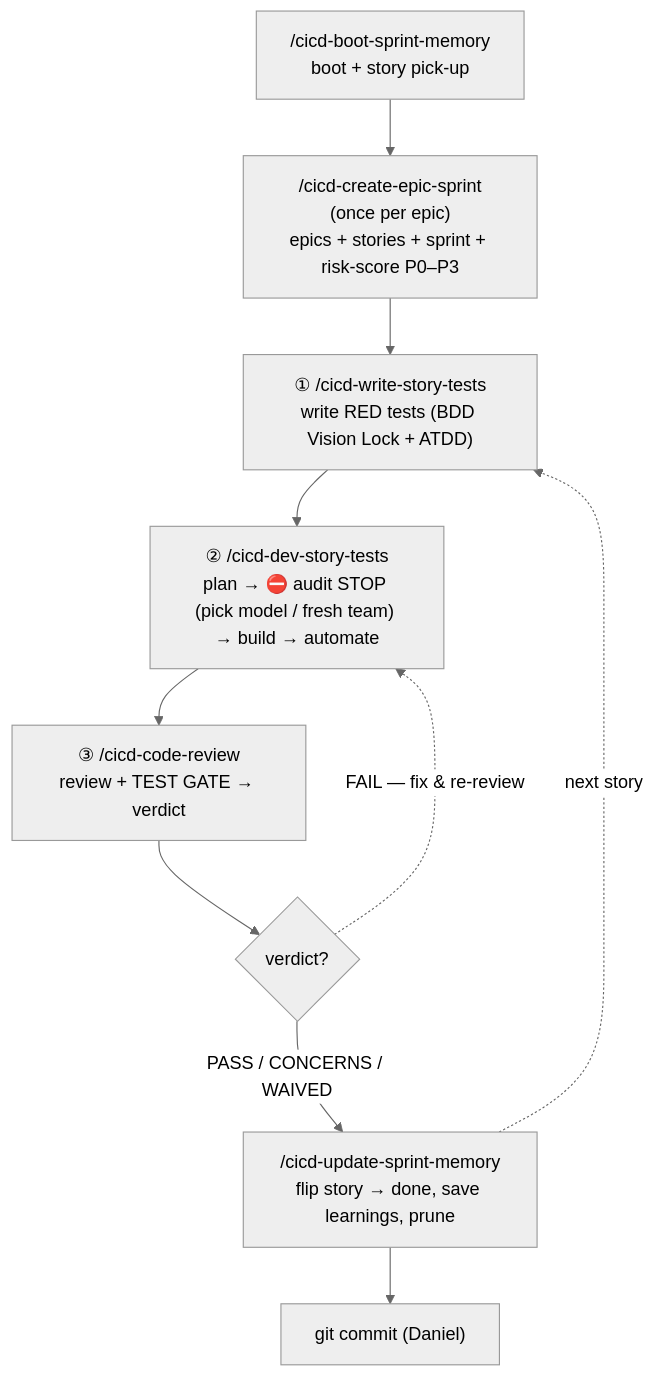
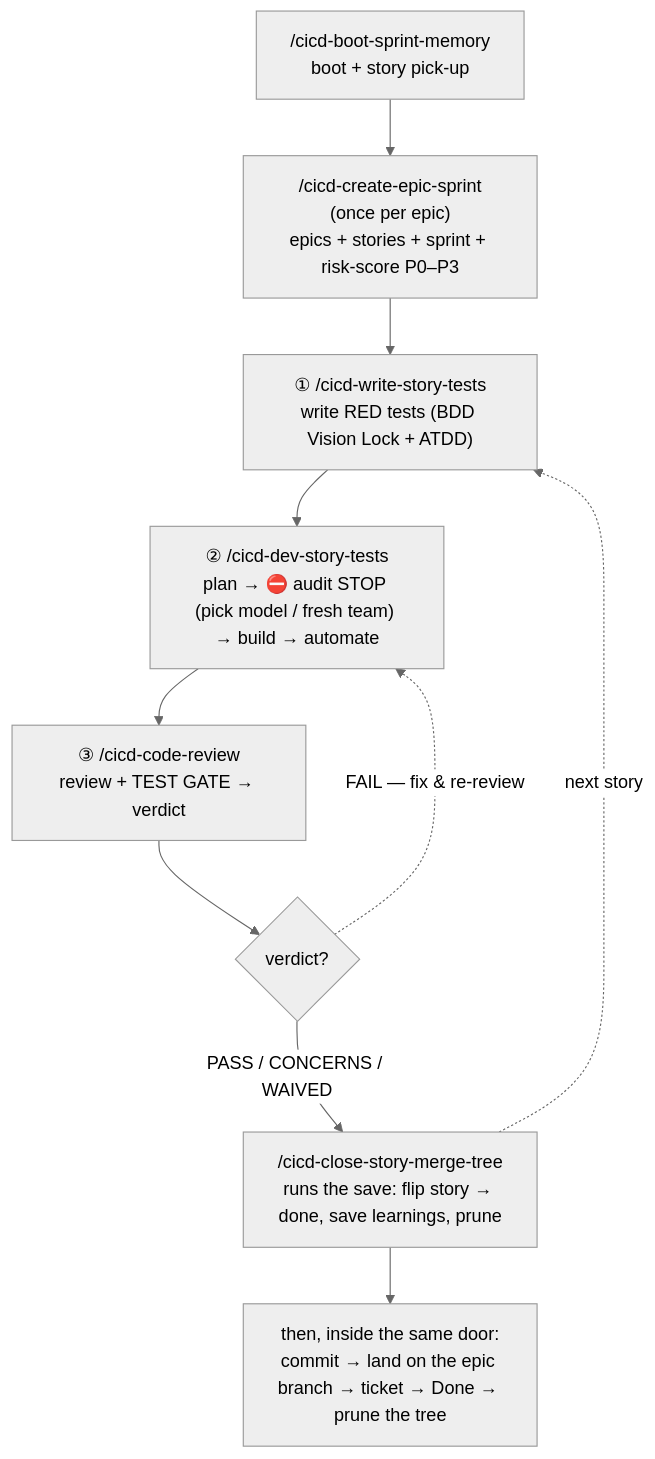
Before and after one commit to sudomadhatter/Sudo_Hatter_Command: the second of 3 diagrams in docs/_scc_sops_prds/tea_deep_reference.md, drawn with Mermaid (neutral theme). The commit also changed other lines of this file and 97 other files, not shown here.

First line of the commit message:
SCC-210 rebalance the cicd close-out: the door, the save, and the prune

````diff
--- a/docs/_scc_sops_prds/tea_deep_reference.md
+++ b/docs/_scc_sops_prds/tea_deep_reference.md
@@ -660,12 +678,12 @@
 ```mermaid
 flowchart TD
     BOOT["/cicd-boot-sprint-memory<br/>boot + story pick-up"] --> KICK["/cicd-create-epic-sprint<br/>(once per epic)<br/>epics + stories + sprint + risk-score P0–P3"]
     KICK --> W["① /cicd-write-story-tests<br/>write RED tests (BDD Vision Lock + ATDD)"]
     W --> DEV["② /cicd-dev-story-tests<br/>plan → ⛔ audit STOP (pick model / fresh team) → build → automate"]
     DEV --> CR["③ /cicd-code-review<br/>review + TEST GATE → verdict"]
     CR --> GATE{"verdict?"}
-    GATE -->|"PASS / CONCERNS / WAIVED"| UPD["/cicd-update-sprint-memory<br/>flip story → done, save learnings, prune"]
+    GATE -->|"PASS / CONCERNS / WAIVED"| UPD["/cicd-close-story-merge-tree<br/>runs the save: flip story → done, save learnings, prune"]
     GATE -.->|"FAIL — fix & re-review"| DEV
-    UPD --> COMMIT["git commit (Daniel)"]
+    UPD --> COMMIT["then, inside the same door:<br/>commit → land on the epic branch → ticket → Done → prune the tree"]
     UPD -.->|"next story"| W
 ```
````
